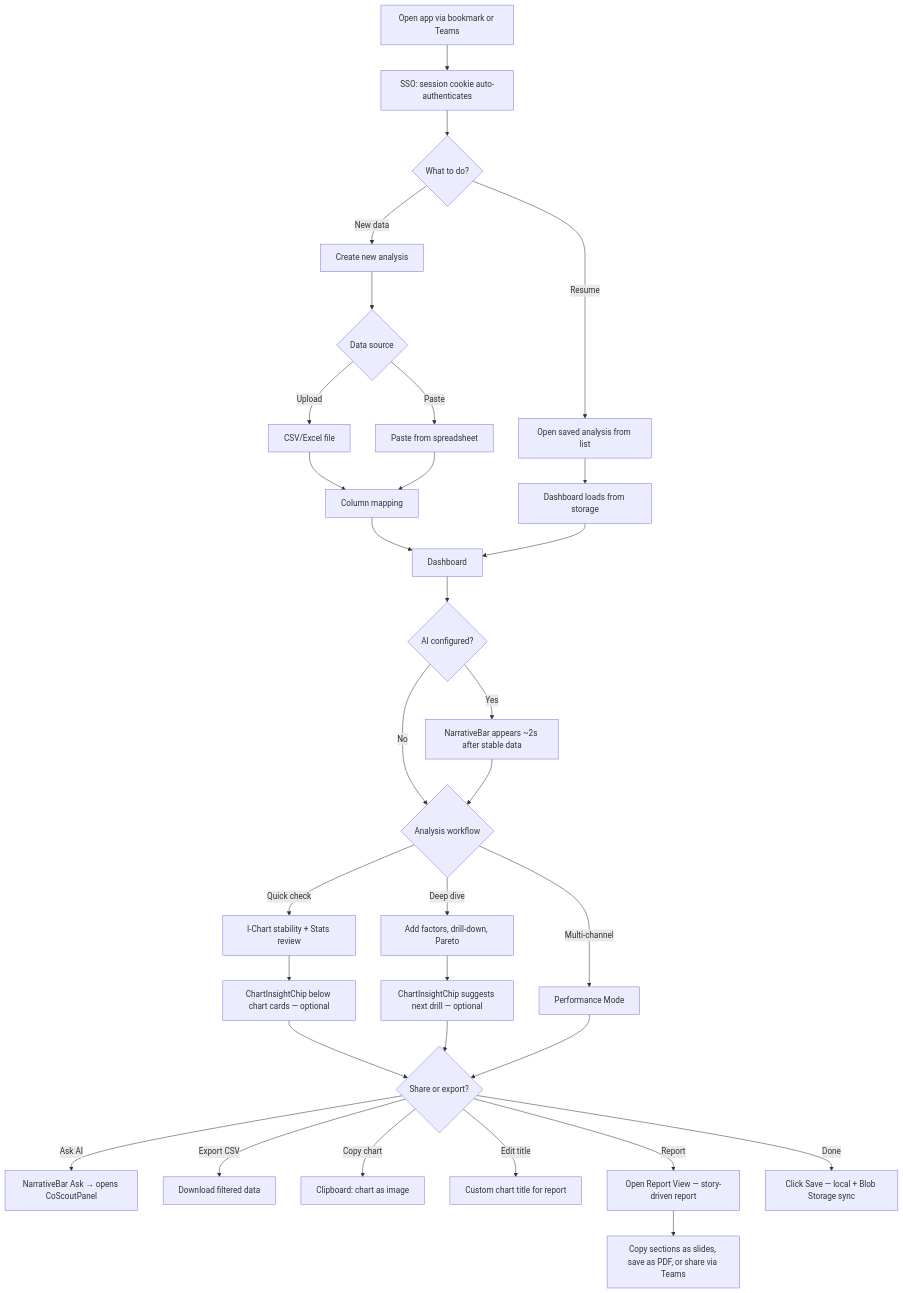
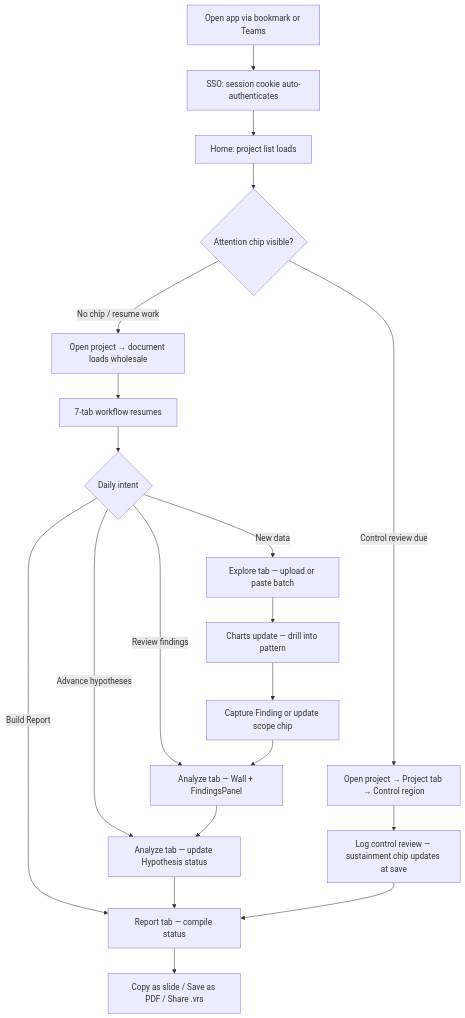
One commit to jukka-matti/variscout changed the diagram in docs/02-journeys/flows/azure-daily-use.md. Above: the diagram before and after it, drawn with Mermaid. The commit also changed other lines of this file, not shown here.

First line of the commit message:
docs(po-7): re-narrate azure-daily-use from the improvement-specialist POV (D2)

````diff
--- a/docs/02-journeys/flows/azure-daily-use.md
+++ b/docs/02-journeys/flows/azure-daily-use.md
@@ -45,34 +46,22 @@
 ```mermaid
 flowchart TD
     A[Open app via bookmark or Teams] --> B[SSO: session cookie auto-authenticates]
-    B --> C{What to do?}
-    C -->|Resume| D[Open saved analysis from list]
-    C -->|New data| E[Create new analysis]
-    D --> F[Dashboard loads from storage]
-    E --> G{Data source}
-    G -->|Upload| H[CSV/Excel file]
-    G -->|Paste| I[Paste from spreadsheet]
-    H --> J[Column mapping]
-    I --> J
-    J --> K[Dashboard]
-    F --> K
-    K --> K2{AI configured?}
-    K2 -->|Yes| K3[NarrativeBar appears ~2s after stable data]
-    K2 -->|No| L
-    K3 --> L{Analysis workflow}
-    L -->|Quick check| M[I-Chart stability + Stats review]
-    L -->|Deep dive| N[Add factors, drill-down, Pareto]
-    L -->|Multi-channel| O[Performance Mode]
-    M --> M2[ChartInsightChip below chart cards — optional]
-    M2 --> P{Share or export?}
-    N --> N2[ChartInsightChip suggests next drill — optional]
-    N2 --> P
-    O --> P
-    P -->|Ask AI| P2[NarrativeBar Ask → opens CoScoutPanel]
-    P -->|Export CSV| Q[Download filtered data]
-    P -->|Copy chart| R[Clipboard: chart as image]
-    P -->|Edit title| S[Custom chart title for report]
-    P -->|Report| U[Open Report View — story-driven report]
-    U --> U2[Copy sections as slides, save as PDF, or share via Teams]
-    P -->|Done| T[Click Save — local + Blob Storage sync]
+    B --> C[Home: project list loads]
+    C --> D{Attention chip visible?}
+    D -->|Control review due| E[Open project → Project tab → Control region]
+    D -->|No chip / resume work| F[Open project → document loads wholesale]
+    F --> G[7-tab workflow resumes]
+    G --> H{Daily intent}
+    H -->|New data| I[Explore tab — upload or paste batch]
+    H -->|Review findings| J[Analyze tab — Wall + FindingsPanel]
+    H -->|Advance hypotheses| K[Analyze tab — update Hypothesis status]
+    H -->|Build Report| L[Report tab — compile status]
+    I --> I2[Charts update — drill into pattern]
+    I2 --> I3[Capture Finding or update scope chip]
+    I3 --> J
+    J --> K
+    K --> L
+    L --> M[Copy as slide / Save as PDF / Share .vrs]
+    E --> N[Log control review — sustainment chip updates at save]
+    N --> L
 ```
````
